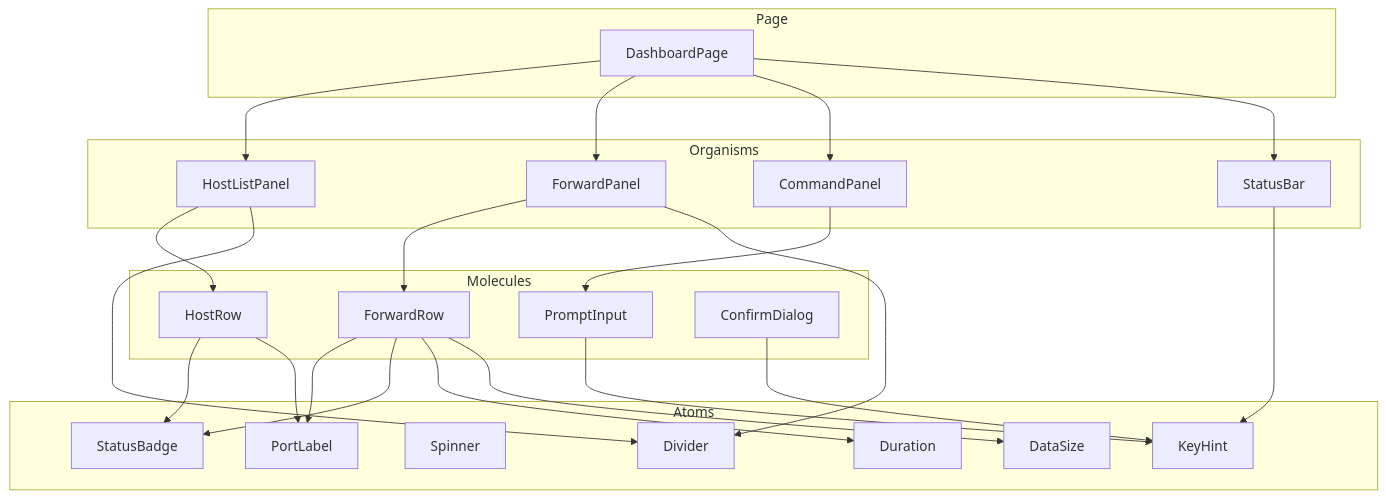
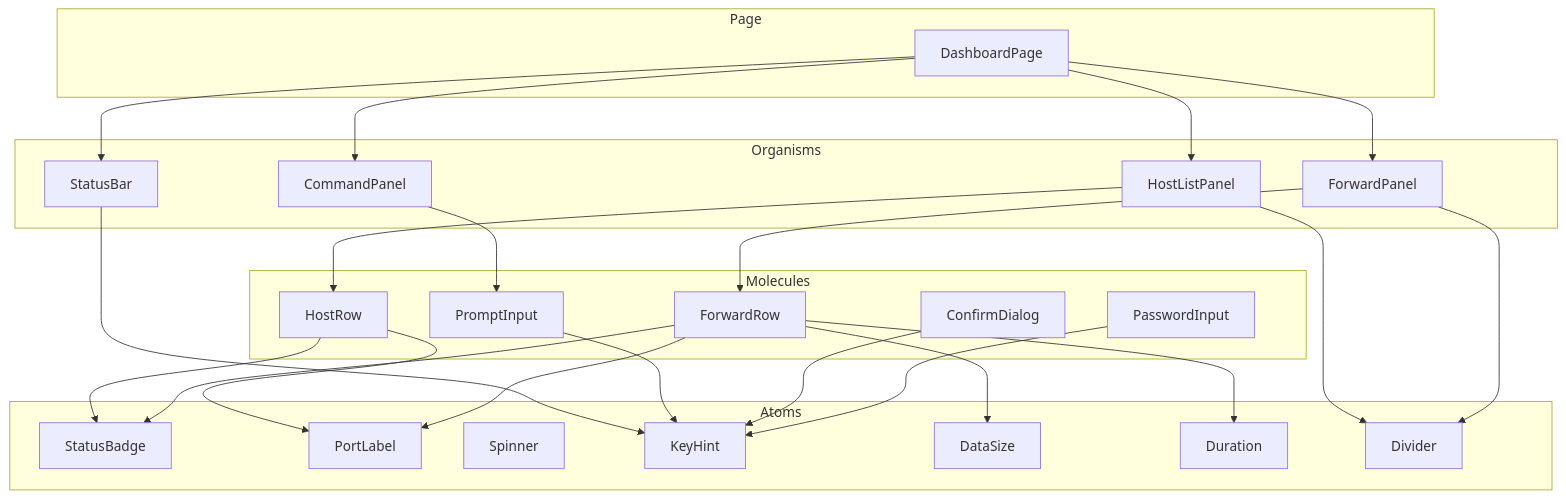
One commit to ousiassllc/MolePort changed the seventh of 14 diagrams in docs/architecture/overview.md. Above: the diagram before and after it, drawn with Mermaid. The commit also changed other lines of this file, not shown here.

````diff
--- a/docs/architecture/overview.md
+++ b/docs/architecture/overview.md
@@ -277,51 +279,53 @@
 ```mermaid
 graph TD
     subgraph Page
         Dashboard["DashboardPage"]
     end
 
     subgraph Organisms
         HLP["HostListPanel"]
         FP["ForwardPanel"]
         CP["CommandPanel"]
         SB["StatusBar"]
     end
 
     subgraph Molecules
         HR["HostRow"]
         FR["ForwardRow"]
         PI["PromptInput"]
         CD["ConfirmDialog"]
+        PW["PasswordInput"]
     end
 
     subgraph Atoms
         Badge["StatusBadge"]
         Port["PortLabel"]
         Spin["Spinner"]
         Key["KeyHint"]
         DS["DataSize"]
         Dur["Duration"]
         Div["Divider"]
     end
 
     Dashboard --> HLP
     Dashboard --> FP
     Dashboard --> CP
     Dashboard --> SB
 
     HLP --> HR
     HLP --> Div
     FP --> FR
     FP --> Div
     CP --> PI
     SB --> Key
 
     HR --> Badge
     HR --> Port
     FR --> Port
     FR --> Badge
     FR --> Dur
     FR --> DS
     PI --> Key
     CD --> Key
+    PW --> Key
 ```
````
